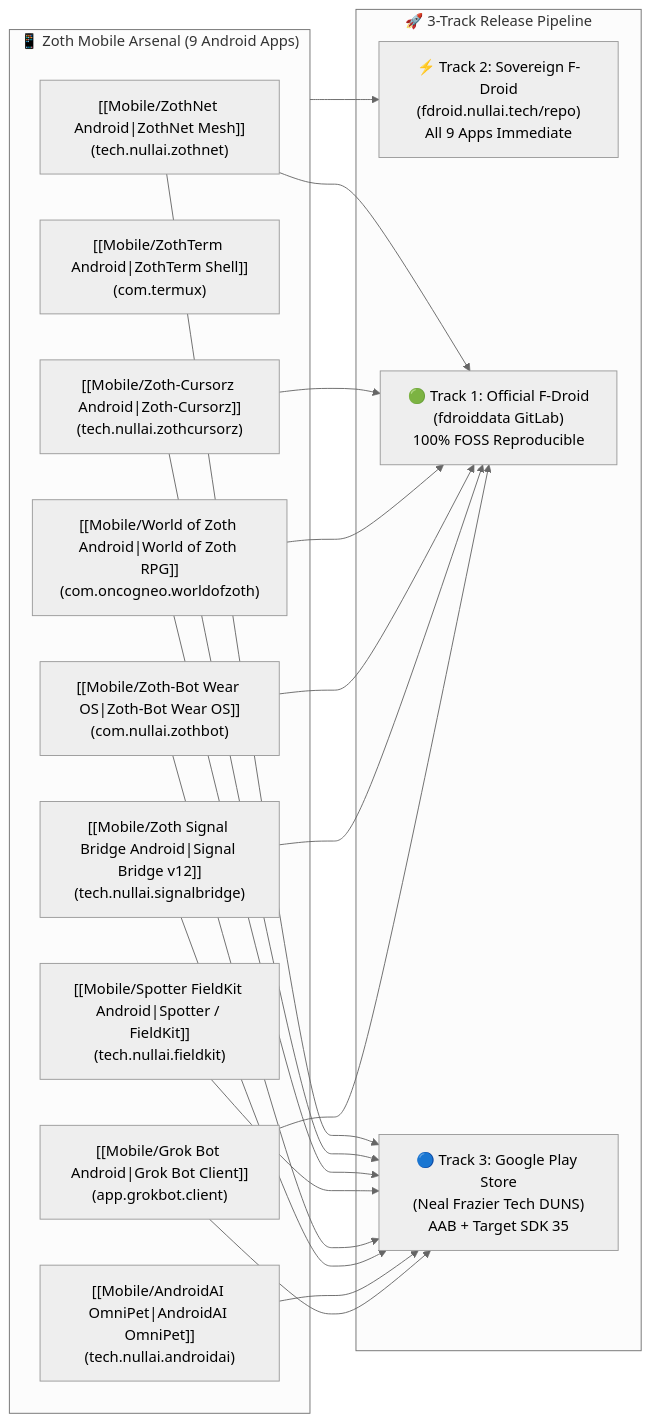
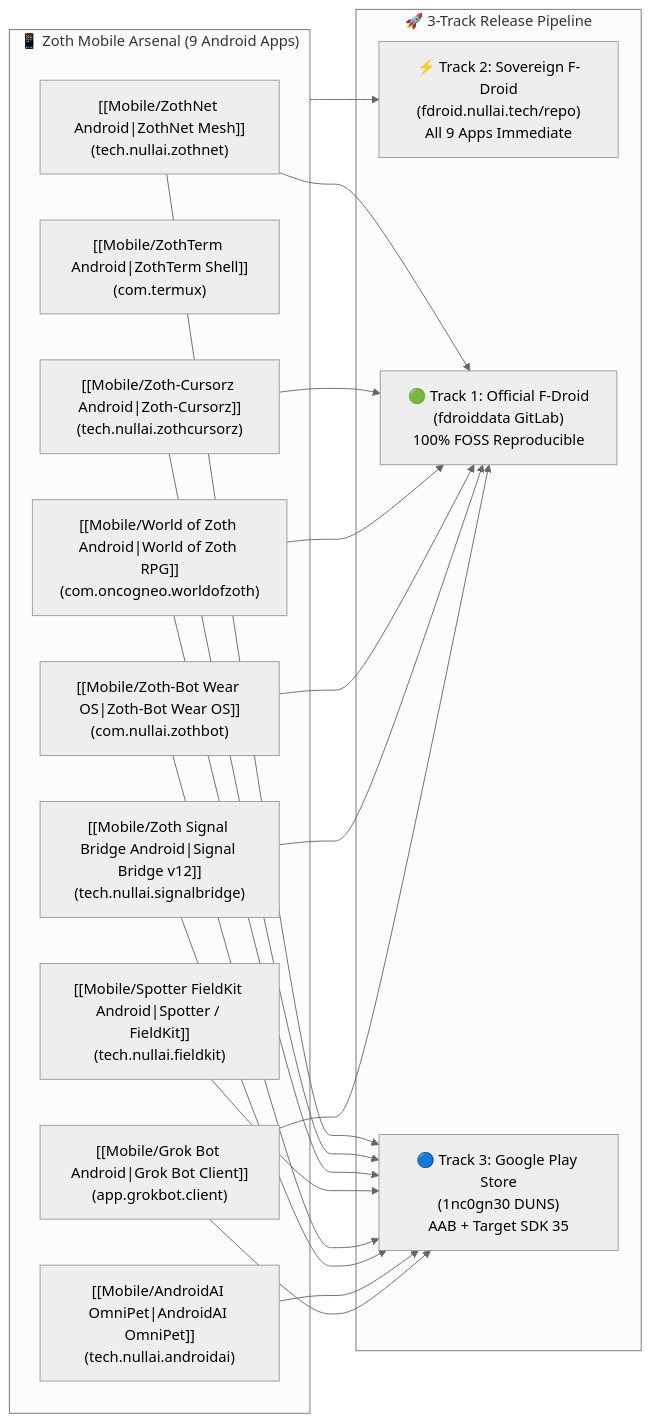
The diagram in config/includes.chroot/etc/skel/Documents/Obsidian Vault/06-Wiki/Zoth Mobile Arsenal — Android APKs, F-Droid & Play Store Roadmap.md (1nc0gn30/zoth-os), drawn with Mermaid (neutral theme) before and after one commit. The commit also changed other lines of this file and 156 other files, not shown here.

````diff
--- a/config/includes.chroot/etc/skel/Documents/Obsidian Vault/06-Wiki/Zoth Mobile Arsenal — Android APKs, F-Droid & Play Store Roadmap.md
+++ b/config/includes.chroot/etc/skel/Documents/Obsidian Vault/06-Wiki/Zoth Mobile Arsenal — Android APKs, F-Droid & Play Store Roadmap.md
@@ -22,24 +22,24 @@
 ```mermaid
 flowchart LR
     subgraph Arsenal["📱 Zoth Mobile Arsenal (9 Android Apps)"]
         ZothNet["[[Mobile/ZothNet Android|ZothNet Mesh]]<br/>(tech.nullai.zothnet)"]
         ZothTerm["[[Mobile/ZothTerm Android|ZothTerm Shell]]<br/>(com.termux)"]
         Cursorz["[[Mobile/Zoth-Cursorz Android|Zoth-Cursorz]]<br/>(tech.nullai.zothcursorz)"]
         WoZ["[[Mobile/World of Zoth Android|World of Zoth RPG]]<br/>(com.oncogneo.worldofzoth)"]
         FieldKit["[[Mobile/Spotter FieldKit Android|Spotter / FieldKit]]<br/>(tech.nullai.fieldkit)"]
         ZothBot["[[Mobile/Zoth-Bot Wear OS|Zoth-Bot Wear OS]]<br/>(com.nullai.zothbot)"]
         SignalBridge["[[Mobile/Zoth Signal Bridge Android|Signal Bridge v12]]<br/>(tech.nullai.signalbridge)"]
         AndroidAI["[[Mobile/AndroidAI OmniPet|AndroidAI OmniPet]]<br/>(tech.nullai.androidai)"]
         GrokBot["[[Mobile/Grok Bot Android|Grok Bot Client]]<br/>(app.grokbot.client)"]
     end
 
     subgraph Distribution["🚀 3-Track Release Pipeline"]
         SovereignFDroid["⚡ Track 2: Sovereign F-Droid<br/>(fdroid.nullai.tech/repo)<br/>All 9 Apps Immediate"]
         OfficialFDroid["🟢 Track 1: Official F-Droid<br/>(fdroiddata GitLab)<br/>100% FOSS Reproducible"]
-        GooglePlay["🔵 Track 3: Google Play Store<br/>(Neal Frazier Tech DUNS)<br/>AAB + Target SDK 35"]
+        GooglePlay["🔵 Track 3: Google Play Store<br/>(1nc0gn30 DUNS)<br/>AAB + Target SDK 35"]
     end
 
     Arsenal --> SovereignFDroid
     ZothNet & Cursorz & WoZ & ZothBot & SignalBridge & GrokBot --> OfficialFDroid
     ZothNet & Cursorz & WoZ & FieldKit & ZothBot & SignalBridge & AndroidAI & GrokBot --> GooglePlay
 ```
````
